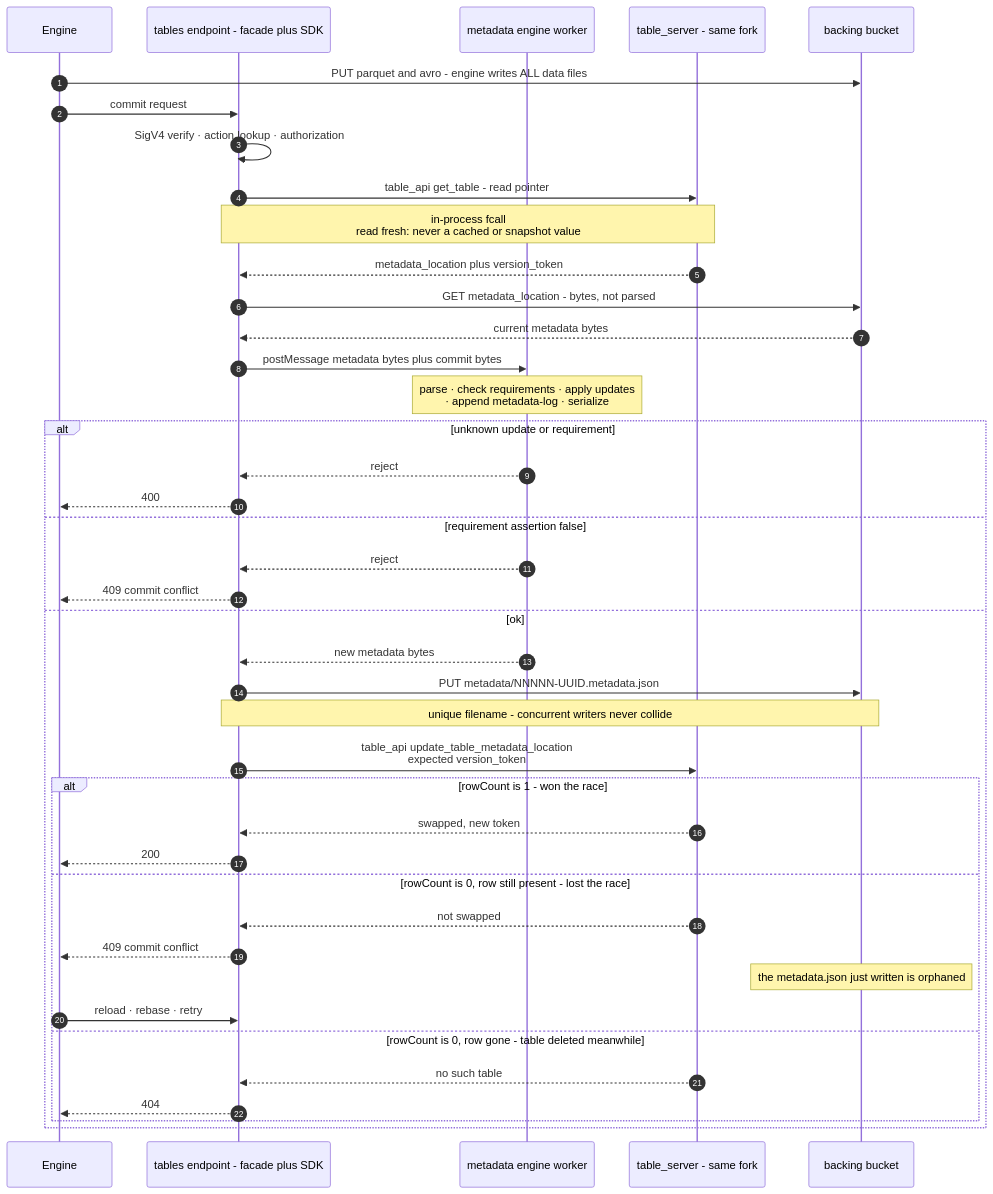
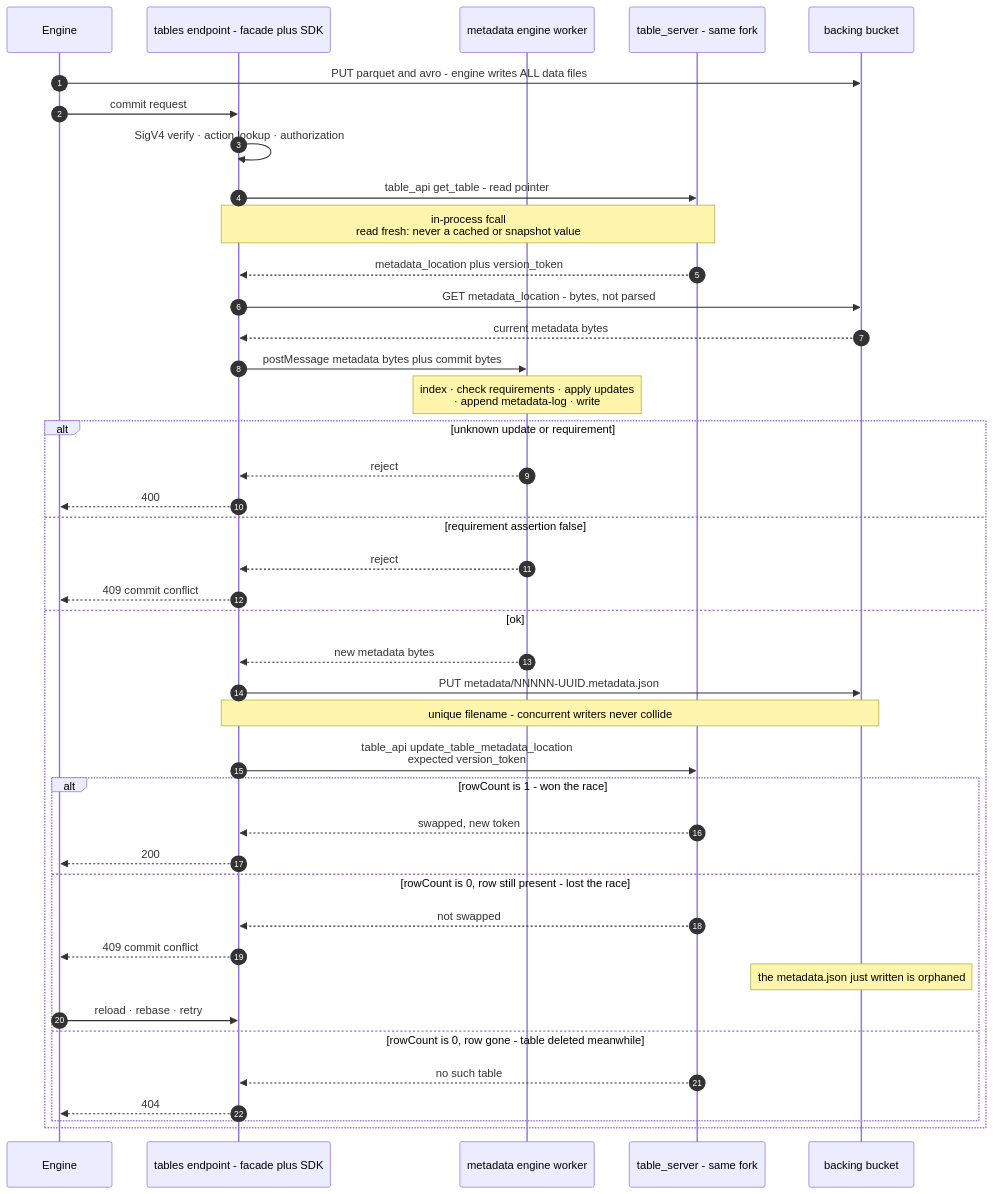
Before and after one commit to noobaa/noobaa-core: the third of 3 diagrams in docs/design/s3-tables/s3-tables-design-brief.md, drawn with Mermaid. The commit also changed other lines of this file and 15 other files, not shown here.

````diff
--- a/docs/design/s3-tables/s3-tables-design-brief.md
+++ b/docs/design/s3-tables/s3-tables-design-brief.md
@@ -516,44 +518,44 @@
 ```mermaid
 sequenceDiagram
     autonumber
     participant E as Engine
     participant T as tables endpoint - facade plus SDK
     participant W as metadata engine worker
     participant C as table_server - same fork
     participant S3 as backing bucket
 
     E->>S3: PUT parquet and avro - engine writes ALL data files
     E->>T: commit request
     T->>T: SigV4 verify · action lookup · authorization
     T->>C: table_api get_table - read pointer
     Note over T,C: in-process fcall<br/>read fresh: never a cached or snapshot value
     C-->>T: metadata_location plus version_token
     T->>S3: GET metadata_location - bytes, not parsed
     S3-->>T: current metadata bytes
     T->>W: postMessage metadata bytes plus commit bytes
-    Note over W: parse · check requirements · apply updates<br/>· append metadata-log · serialize
+    Note over W: index · check requirements · apply updates<br/>· append metadata-log · write
     alt unknown update or requirement
         W-->>T: reject
         T-->>E: 400
     else requirement assertion false
         W-->>T: reject
         T-->>E: 409 commit conflict
     else ok
         W-->>T: new metadata bytes
         T->>S3: PUT metadata/NNNNN-UUID.metadata.json
         Note over T,S3: unique filename - concurrent writers never collide
         T->>C: table_api update_table_metadata_location<br/>expected version_token
         alt rowCount is 1 - won the race
             C-->>T: swapped, new token
             T-->>E: 200
         else rowCount is 0, row still present - lost the race
             C-->>T: not swapped
             T-->>E: 409 commit conflict
             Note over S3: the metadata.json just written is orphaned
             E->>T: reload · rebase · retry
         else rowCount is 0, row gone - table deleted meanwhile
             C-->>T: no such table
             T-->>E: 404
         end
     end
 ```
````
